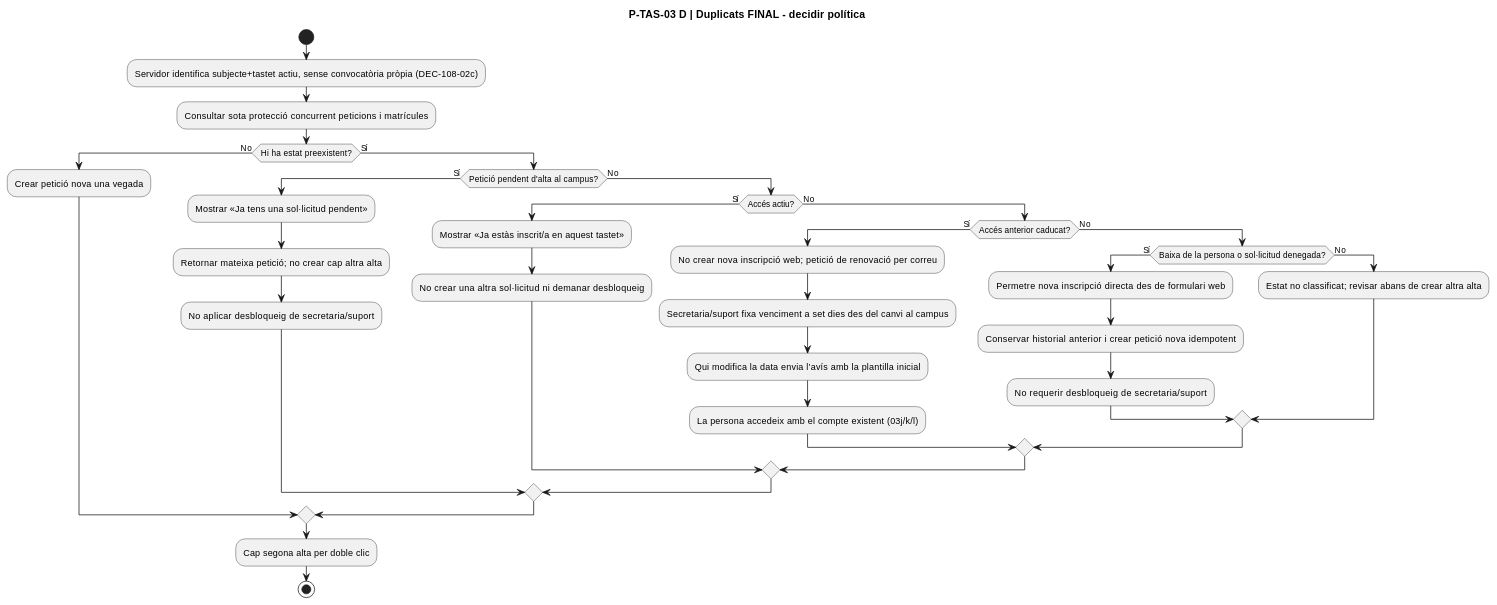
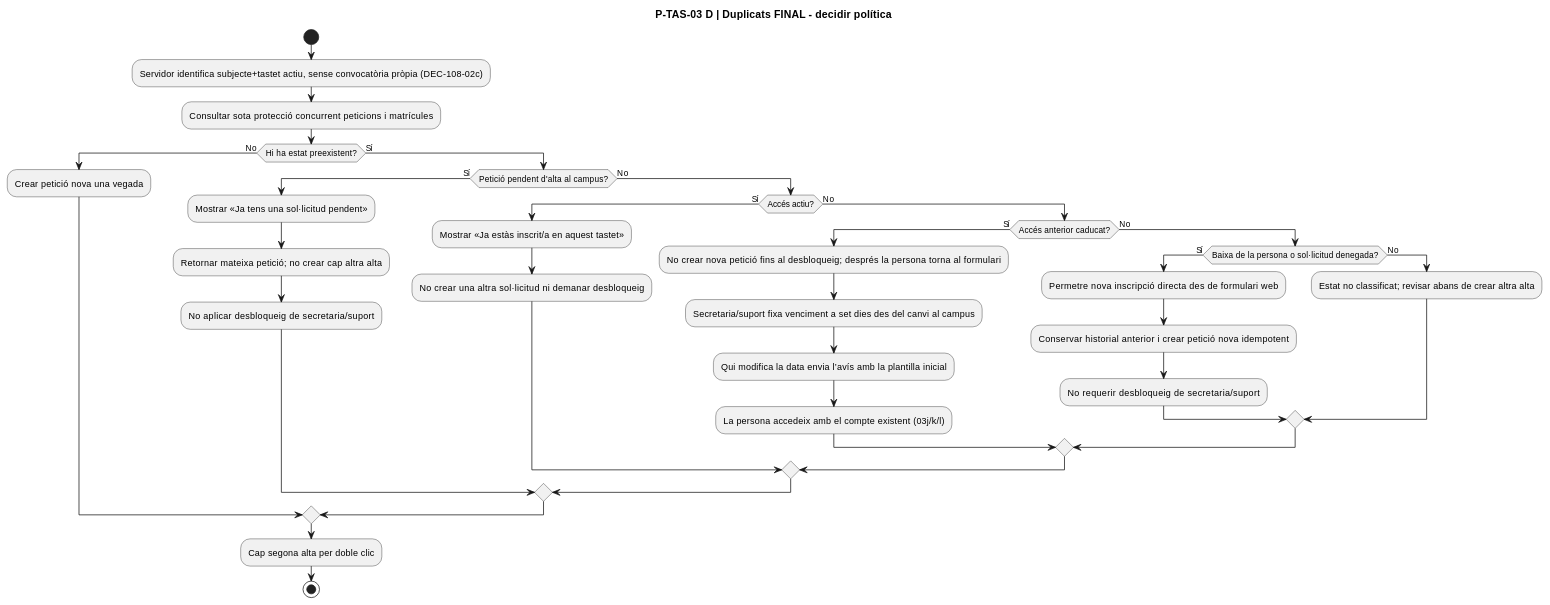
Before and after one commit to orgmeriemprismacat-del/verifactu: diagram 24 of 32 in documentacio/07-uml-integrat/uc-108-activitats-pagines-tastets-actual-final.md, drawn with PlantUML. The commit also changed other lines of this file, not shown here.

````diff
--- a/documentacio/07-uml-integrat/uc-108-activitats-pagines-tastets-actual-final.md
+++ b/documentacio/07-uml-integrat/uc-108-activitats-pagines-tastets-actual-final.md
@@ -575,39 +575,39 @@
 ```plantuml
 @startuml
 title P-TAS-03 D | Duplicats FINAL - decidir política
 start
 :Servidor identifica subjecte+tastet actiu, sense convocatòria pròpia (DEC-108-02c);
 :Consultar sota protecció concurrent peticions i matrícules;
 if (Hi ha estat preexistent?) then (No)
   :Crear petició nova una vegada;
 else (Sí)
   if (Petició pendent d'alta al campus?) then (Sí)
     :Mostrar «Ja tens una sol·licitud pendent»;
     :Retornar mateixa petició; no crear cap altra alta;
     :No aplicar desbloqueig de secretaria/suport;
   else (No)
     if (Accés actiu?) then (Sí)
       :Mostrar «Ja estàs inscrit/a en aquest tastet»;
       :No crear una altra sol·licitud ni demanar desbloqueig;
     else (No)
       if (Accés anterior caducat?) then (Sí)
-        :No crear nova inscripció web; petició de renovació per correu;
+        :No crear nova petició fins al desbloqueig; després la persona torna al formulari;
         :Secretaria/suport fixa venciment a set dies des del canvi al campus;
         :Qui modifica la data envia l’avís amb la plantilla inicial;
         :La persona accedeix amb el compte existent (03j/k/l);
       else (No)
         if (Baixa de la persona o sol·licitud denegada?) then (Sí)
           :Permetre nova inscripció directa des de formulari web;
           :Conservar historial anterior i crear petició nova idempotent;
           :No requerir desbloqueig de secretaria/suport;
         else (No)
           :Estat no classificat; revisar abans de crear altra alta;
         endif
       endif
     endif
   endif
 endif
 :Cap segona alta per doble clic;
 stop
 @enduml
 ```
````
